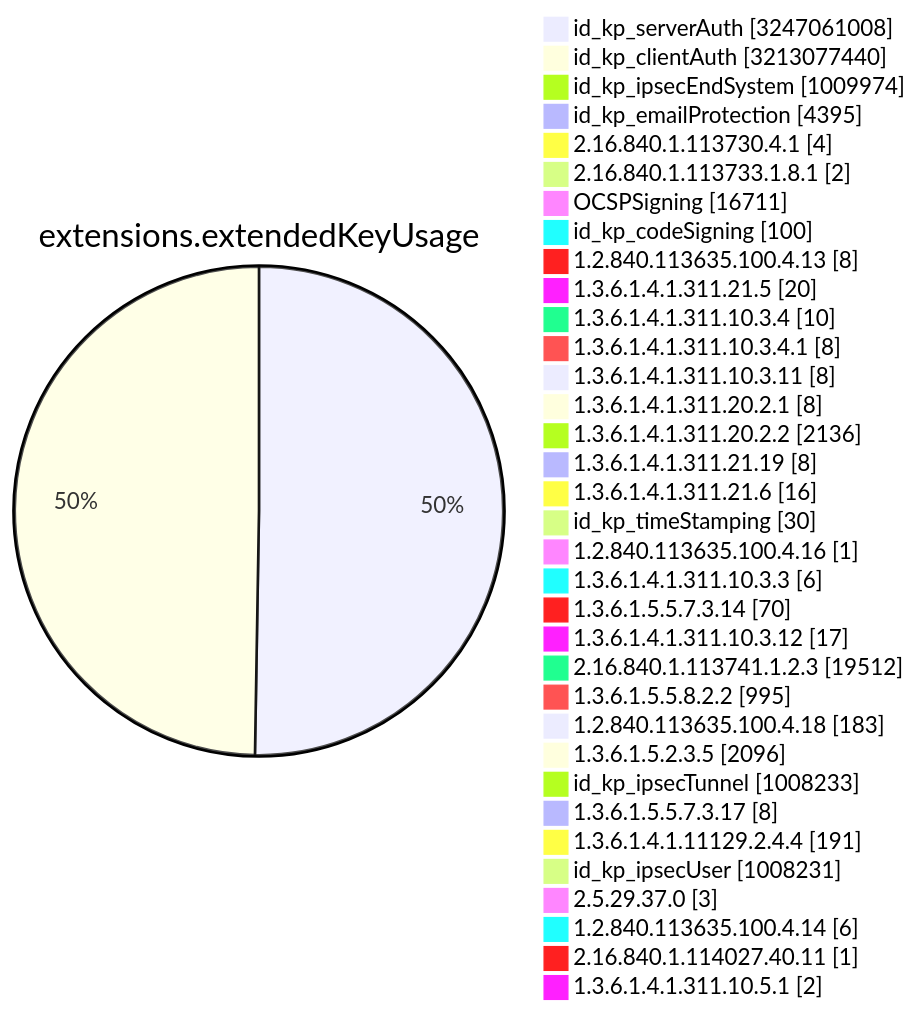
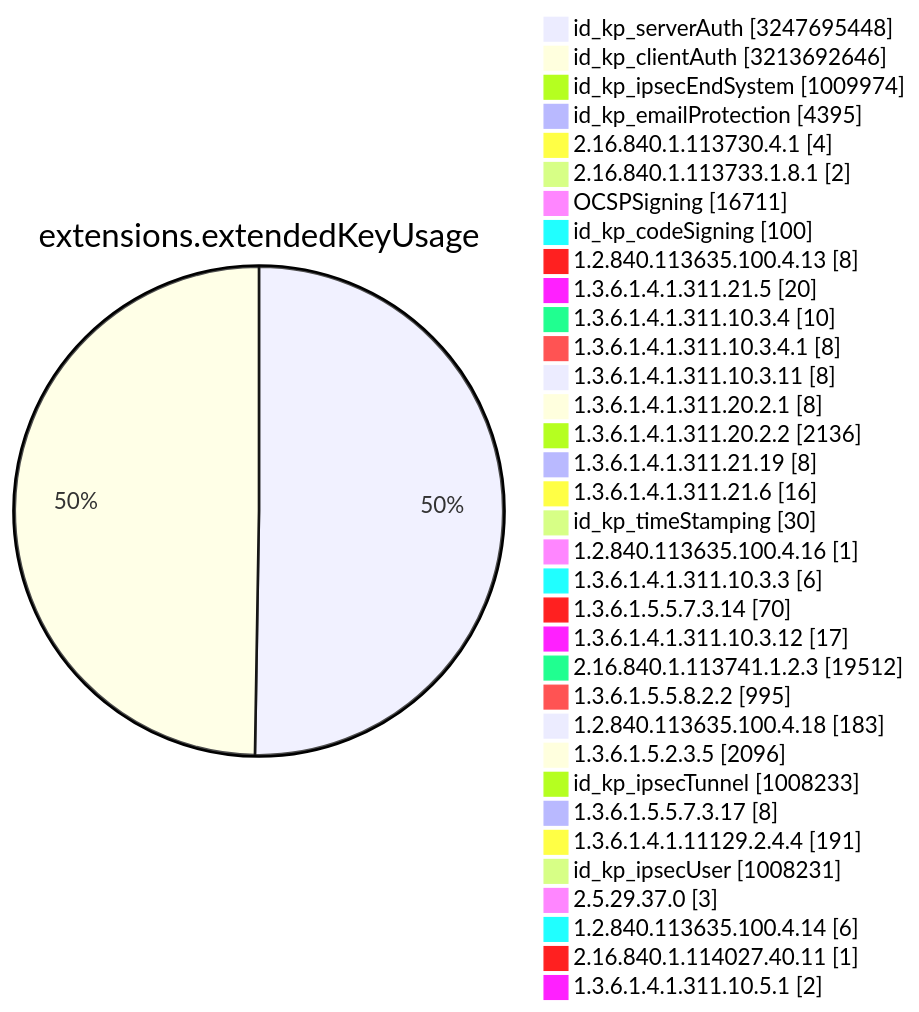
Before and after one commit to christiankrug/ctmonitor_visualization: diagram 11 of 15 in TOTAL/README.md, drawn with Mermaid. The commit also changed other lines of this file, not shown here.

````diff
--- a/TOTAL/README.md
+++ b/TOTAL/README.md
@@ -4119,38 +4119,38 @@
 ```mermaid
 pie showData
 title extensions.extendedKeyUsage
-"id_kp_serverAuth" :3247061008
-"id_kp_clientAuth" :3213077440
+"id_kp_serverAuth" :3247695448
+"id_kp_clientAuth" :3213692646
 "id_kp_ipsecEndSystem" :1009974
 "id_kp_emailProtection" :4395
 "2.16.840.1.113730.4.1" :4
 "2.16.840.1.113733.1.8.1" :2
 "OCSPSigning" :16711
 "id_kp_codeSigning" :100
 "1.2.840.113635.100.4.13" :8
 "1.3.6.1.4.1.311.21.5" :20
 "1.3.6.1.4.1.311.10.3.4" :10
 "1.3.6.1.4.1.311.10.3.4.1" :8
 "1.3.6.1.4.1.311.10.3.11" :8
 "1.3.6.1.4.1.311.20.2.1" :8
 "1.3.6.1.4.1.311.20.2.2" :2136
 "1.3.6.1.4.1.311.21.19" :8
 "1.3.6.1.4.1.311.21.6" :16
 "id_kp_timeStamping" :30
 "1.2.840.113635.100.4.16" :1
 "1.3.6.1.4.1.311.10.3.3" :6
 "1.3.6.1.5.5.7.3.14" :70
 "1.3.6.1.4.1.311.10.3.12" :17
 "2.16.840.1.113741.1.2.3" :19512
 "1.3.6.1.5.5.8.2.2" :995
 "1.2.840.113635.100.4.18" :183
 "1.3.6.1.5.2.3.5" :2096
 "id_kp_ipsecTunnel" :1008233
 "1.3.6.1.5.5.7.3.17" :8
 "1.3.6.1.4.1.11129.2.4.4" :191
 "id_kp_ipsecUser" :1008231
 "2.5.29.37.0" :3
 "1.2.840.113635.100.4.14" :6
 "2.16.840.1.114027.40.11" :1
 "1.3.6.1.4.1.311.10.5.1" :2
 ```
````
